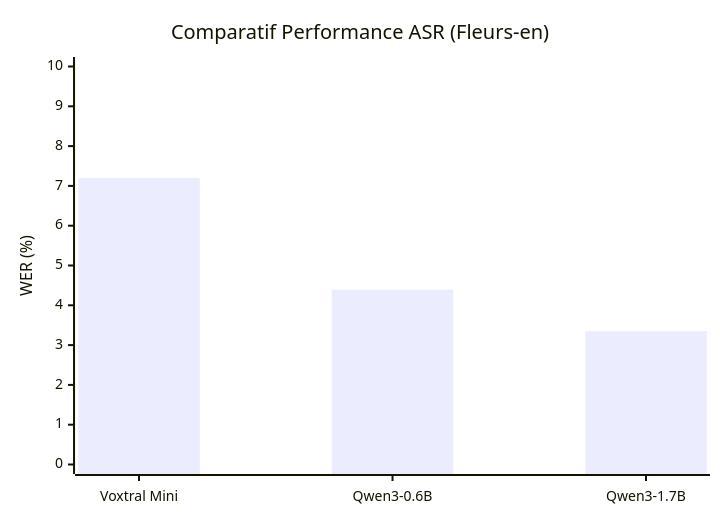
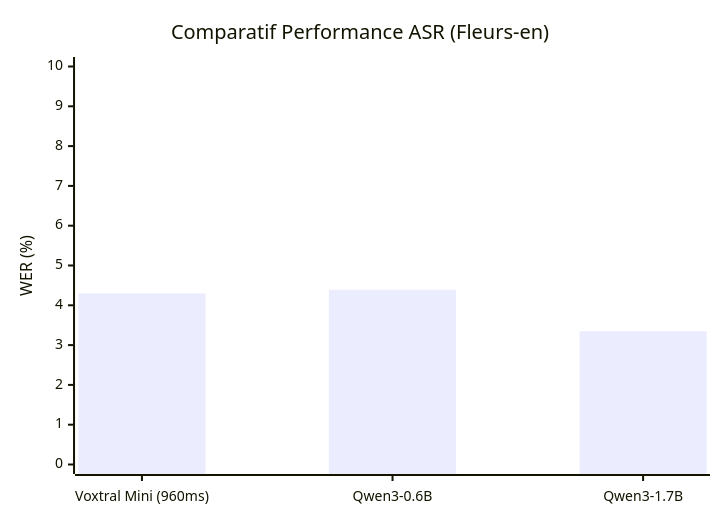
Before and after one commit to EthanCarollo/awabot-innovation: the second of 2 diagrams in website/content/cdc.md, drawn with Mermaid. The commit also changed other lines of this file, not shown here.

````diff
--- a/website/content/cdc.md
+++ b/website/content/cdc.md
@@ -136,7 +136,7 @@
 ```mermaid
 xychart-beta
     title "Comparatif Performance ASR (Fleurs-en)"
-    x-axis ["Voxtral Mini", "Qwen3-0.6B", "Qwen3-1.7B"]
+    x-axis ["Voxtral Mini (960ms)", "Qwen3-0.6B", "Qwen3-1.7B"]
     y-axis "WER (%)" 0 --> 10
-    bar [7.2, 4.39, 3.35]
+    bar [4.3, 4.39, 3.35]
 ```
````
